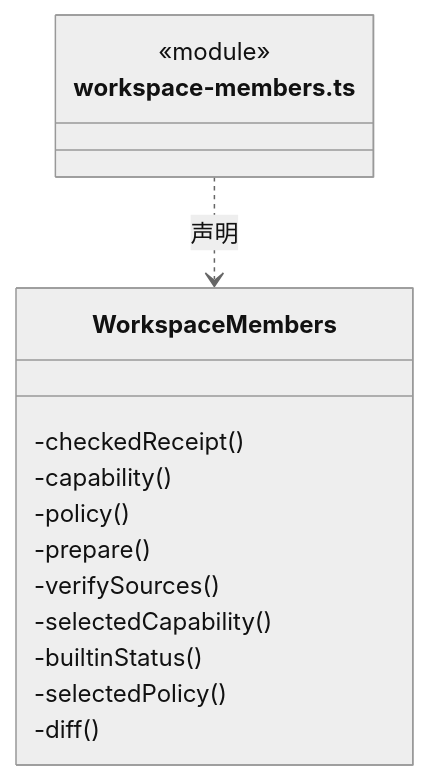
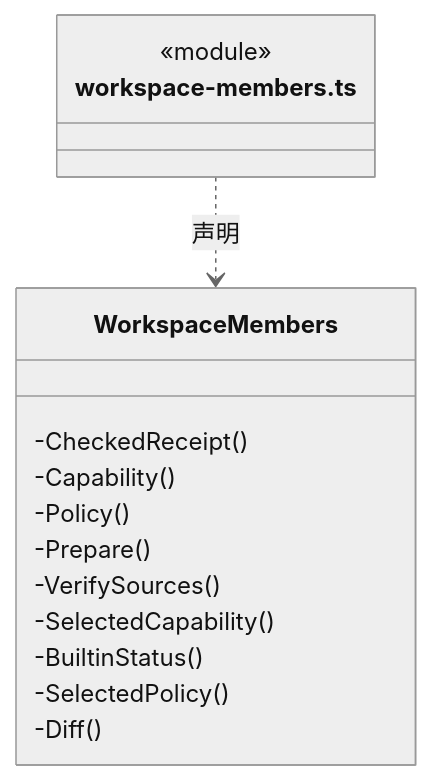
One commit to nan023062/cbim changed the third of 4 diagrams in src/logic/team/service/ARCHITECTURE.md. Above: the diagram before and after it, drawn with Mermaid (neutral theme). The commit also changed other lines of this file and 1035 other files, not shown here.

````diff
--- a/src/logic/team/service/ARCHITECTURE.md
+++ b/src/logic/team/service/ARCHITECTURE.md
@@ -78,18 +78,18 @@
 ```mermaid
 classDiagram
 class N_src_logic_team_service_workspace_members_ts["workspace-members.ts"] {
   <<module>>
 }
 class N_src_logic_team_service_workspace_members_ts_WorkspaceMembers["WorkspaceMembers"] {
-  -checkedReceipt()
-  -capability()
-  -policy()
-  -prepare()
-  -verifySources()
-  -selectedCapability()
-  -builtinStatus()
-  -selectedPolicy()
-  -diff()
+  -CheckedReceipt()
+  -Capability()
+  -Policy()
+  -Prepare()
+  -VerifySources()
+  -SelectedCapability()
+  -BuiltinStatus()
+  -SelectedPolicy()
+  -Diff()
 }
 N_src_logic_team_service_workspace_members_ts ..> N_src_logic_team_service_workspace_members_ts_WorkspaceMembers : 声明
 ```
````
